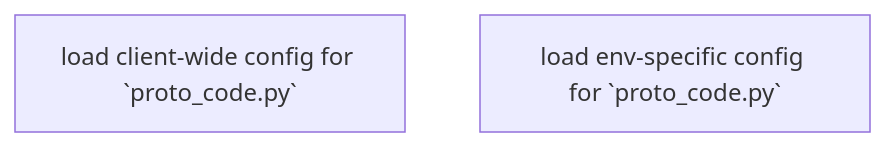
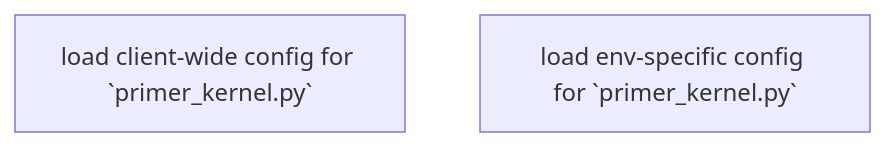
Before and after one commit to uvsmtid/protoprimer: the diagram in readme.md, drawn with Mermaid. The commit also changed other lines of this file and 24 other files, not shown here.

````diff
--- a/readme.md
+++ b/readme.md
@@ -39,6 +39,6 @@
 ```mermaid
 flowchart TD
-    client_conf[load client-wide config for `proto_code.py`]
-    env_conf[load env-specific config for `proto_code.py`]
+    client_conf[load client-wide config for `primer_kernel.py`]
+    env_conf[load env-specific config for `primer_kernel.py`]
 
 ```
````
